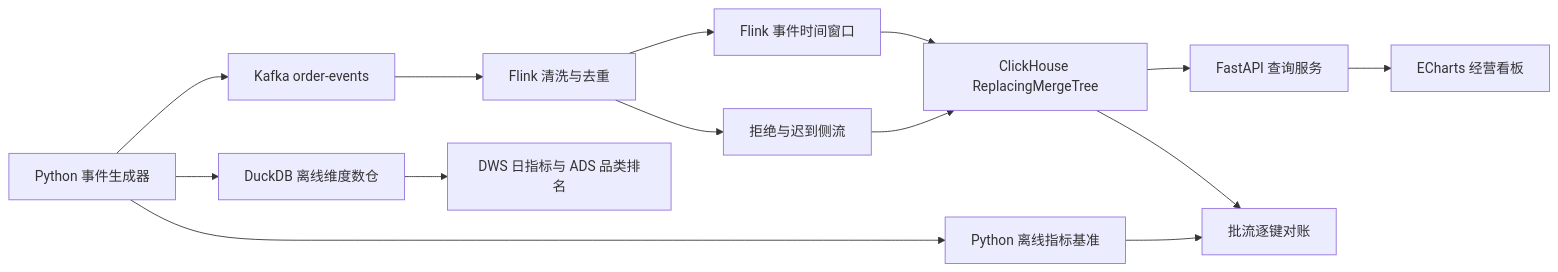
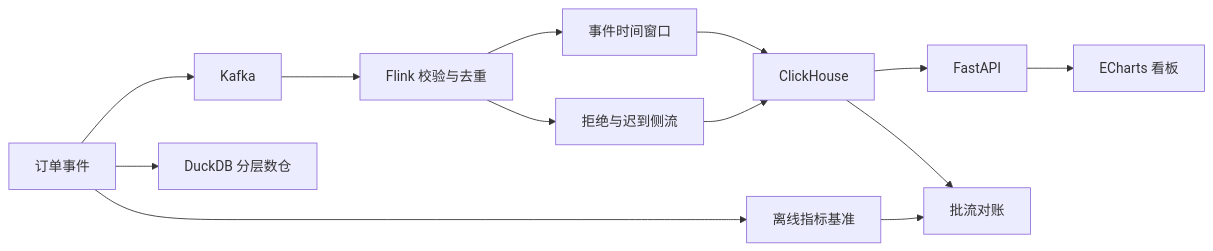
The diagram in README.md (ZliY221/Real-time-data-warehouse-and-business-analysis-platform-for-e-commerce), drawn with Mermaid before and after one commit. The commit also changed other lines of this file and 6 other files, not shown here.

````diff
--- a/README.md
+++ b/README.md
@@ -62,16 +49,15 @@
 ```mermaid
 flowchart LR
-    A[Python 事件生成器] --> B[Kafka order-events]
-    B --> C[Flink 清洗与去重]
-    C --> D[Flink 事件时间窗口]
-    D --> E[ClickHouse ReplacingMergeTree]
-    E --> F[FastAPI 查询服务]
-    F --> G[ECharts 经营看板]
+    A[订单事件] --> B[Kafka]
+    B --> C[Flink 校验与去重]
+    C --> D[事件时间窗口]
+    D --> E[ClickHouse]
+    E --> F[FastAPI]
+    F --> G[ECharts 看板]
     C --> H[拒绝与迟到侧流]
     H --> E
-    A --> I[Python 离线指标基准]
-    E --> J[批流逐键对账]
+    A --> I[离线指标基准]
+    E --> J[批流对账]
     I --> J
-    A --> K[DuckDB 离线维度数仓]
-    K --> L[DWS 日指标与 ADS 品类排名]
+    A --> K[DuckDB 分层数仓]
 ```
````
